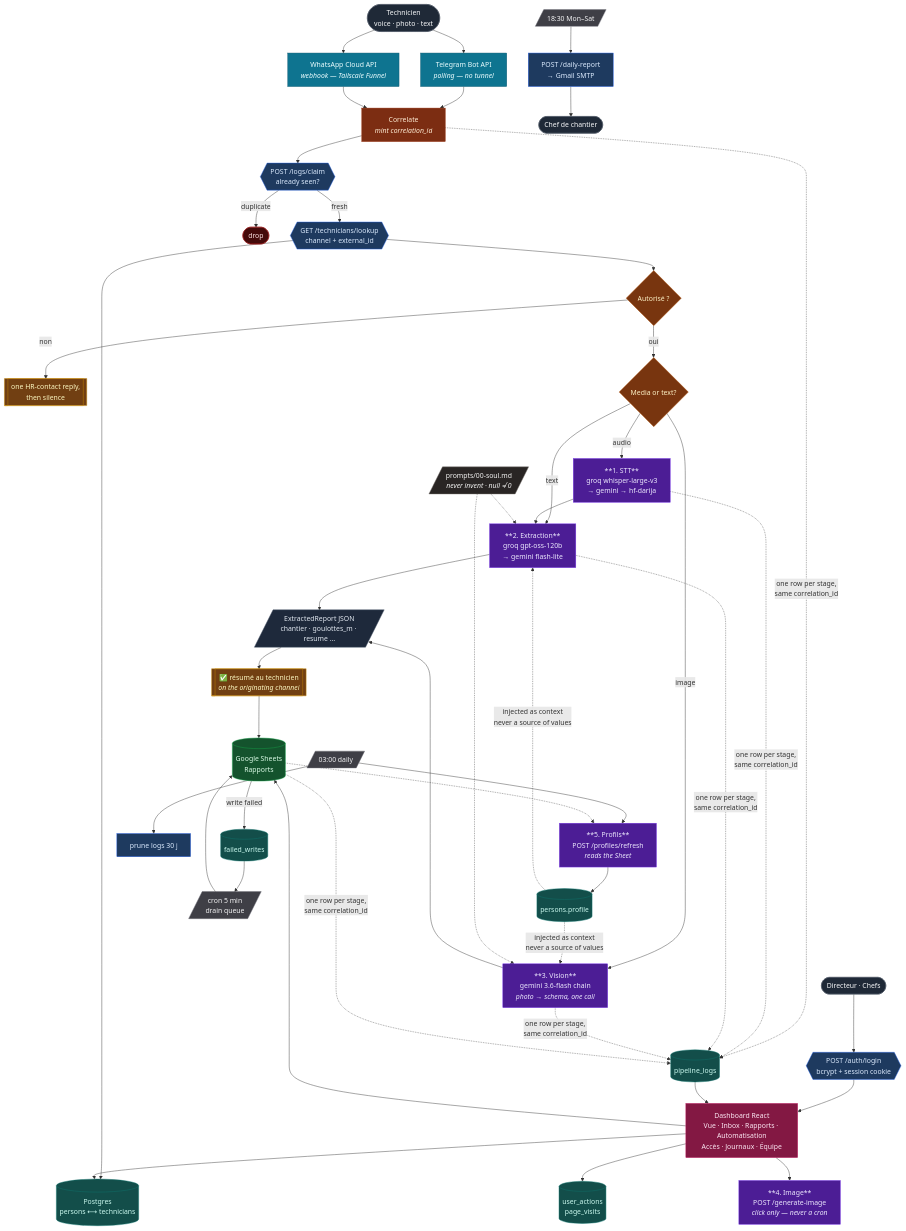
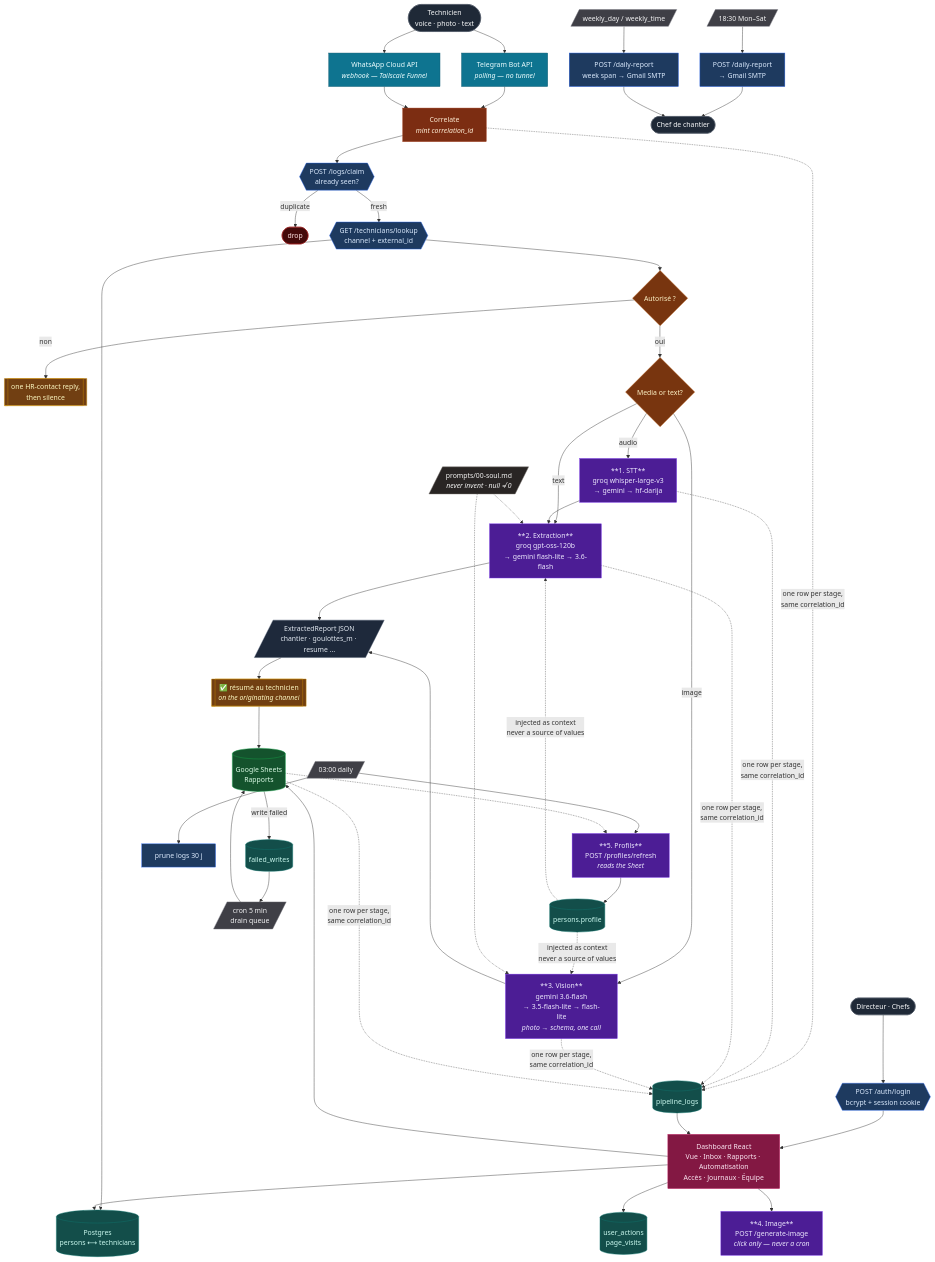
One commit to yassine808/PFE-aznet changed the diagram in README.md. Above: the diagram before and after it, drawn with Mermaid. The commit also changed other lines of this file and 15 other files, not shown here.

````diff
--- a/README.md
+++ b/README.md
@@ -11,69 +11,70 @@
 ```mermaid
 flowchart TB
     %% ── Reception ────────────────────────────────────────────────
     TECH([Technicien<br/>voice · photo · text]):::actor
     TG[Telegram Bot API<br/><i>polling — no tunnel</i>]:::chan
     WA[WhatsApp Cloud API<br/><i>webhook — Tailscale Funnel</i>]:::chan
     TECH --> TG & WA
 
     %% ── Access control ───────────────────────────────────────────
     TG & WA --> CORR[Correlate<br/><i>mint correlation_id</i>]:::n8n
     CORR --> CLAIM{{"POST /logs/claim<br/>already seen?"}}:::api
     CLAIM -- duplicate --> STOP([drop]):::stop
     CLAIM -- fresh --> LOOKUP{{"GET /technicians/lookup<br/>channel + external_id"}}:::api
     LOOKUP --> DB[(Postgres<br/>persons ⟷ technicians)]:::db
     LOOKUP --> AUTHZ{Autorisé ?}:::dec
     AUTHZ -- non --> HR[["one HR-contact reply,<br/>then silence"]]:::reply
     AUTHZ -- oui --> KIND{Media or text?}:::dec
 
     %% ── The five models (4 and 5 fire outside this path) ─────────
     KIND -- audio --> STT["**1. STT**<br/>groq whisper-large-v3<br/>→ gemini → hf-darija"]:::ai
-    KIND -- image --> VIS["**3. Vision**<br/>gemini 3.6-flash chain<br/><i>photo → schema, one call</i>"]:::ai
-    KIND -- text --> TXT["**2. Extraction**<br/>groq gpt-oss-120b<br/>→ gemini flash-lite"]:::ai
+    KIND -- image --> VIS["**3. Vision**<br/>gemini 3.6-flash<br/>→ 3.5-flash-lite → flash-lite<br/><i>photo → schema, one call</i>"]:::ai
+    KIND -- text --> TXT["**2. Extraction**<br/>groq gpt-oss-120b<br/>→ gemini flash-lite → 3.6-flash"]:::ai
     STT --> TXT
 
     PROF[(persons.profile)]:::db -. "injected as context<br/>never a source of values" .-> TXT & VIS
     SOUL[/"prompts/00-soul.md<br/><i>never invent · null ≠ 0</i>"/]:::prompt -.-> TXT & VIS
 
     TXT & VIS --> JSON[/"ExtractedReport JSON<br/>chantier · goulottes_m · resume …"/]:::data
 
     %% ── Reply first, then the Sheet ──────────────────────────────
     JSON --> REPLY[["✅ résumé au technicien<br/><i>on the originating channel</i>"]]:::reply
     REPLY --> SHEET[(Google Sheets<br/>Rapports)]:::sheet
     SHEET -- write failed --> QUEUE[(failed_writes)]:::db
     QUEUE --> RETRY[/"cron 5 min<br/>drain queue"/]:::cron
     RETRY --> SHEET
 
     %% ── Scheduled jobs ───────────────────────────────────────────
     C1[/"18:30 Mon–Sat"/]:::cron --> MAIL["POST /daily-report<br/>→ Gmail SMTP"]:::api
+    C3[/"weekly_day / weekly_time"/]:::cron --> MAIL2["POST /daily-report<br/>week span → Gmail SMTP"]:::api
     C2[/"03:00 daily"/]:::cron --> PRUNE[prune logs 30 j]:::api
     C2 --> REFRESH["**5. Profils**<br/>POST /profiles/refresh<br/><i>reads the Sheet</i>"]:::ai
     SHEET -.-> REFRESH --> PROF
-    MAIL --> BOSS([Chef de chantier]):::actor
+    MAIL & MAIL2 --> BOSS([Chef de chantier]):::actor
 
     %% ── Dashboard ────────────────────────────────────────────────
     ADMIN([Directeur · Chefs]):::actor --> LOGIN{{"POST /auth/login<br/>bcrypt + session cookie"}}:::api
     LOGIN --> DASH[Dashboard React<br/>Vue · Inbox · Rapports · Automatisation<br/>Accès · Journaux · Équipe]:::ui
     DASH --> AUDIT[(user_actions<br/>page_visits)]:::db
     DASH --> SHEET & DB
     DASH --> IMG["**4. Image**<br/>POST /generate-image<br/><i>click only — never a cron</i>"]:::ai
 
     %% ── Logging spine ────────────────────────────────────────────
     CORR & STT & TXT & VIS & SHEET -. "one row per stage,<br/>same correlation_id" .-> LOGS[(pipeline_logs)]:::db
     LOGS --> DASH
 
     classDef actor  fill:#1f2937,stroke:#4b5563,color:#f9fafb
     classDef chan   fill:#0e7490,stroke:#155e75,color:#ecfeff
     classDef n8n    fill:#7c2d12,stroke:#9a3412,color:#ffedd5
     classDef api    fill:#1e3a5f,stroke:#2563eb,color:#dbeafe
     classDef ai     fill:#4c1d95,stroke:#7c3aed,color:#ede9fe
     classDef db     fill:#134e4a,stroke:#0f766e,color:#ccfbf1
     classDef sheet  fill:#14532d,stroke:#16a34a,color:#dcfce7
     classDef reply  fill:#713f12,stroke:#ca8a04,color:#fef9c3
     classDef cron   fill:#3f3f46,stroke:#71717a,color:#f4f4f5
     classDef ui     fill:#831843,stroke:#be185d,color:#fce7f3
     classDef data   fill:#1e293b,stroke:#475569,color:#e2e8f0
     classDef prompt fill:#292524,stroke:#78716c,color:#f5f5f4
     classDef dec    fill:#78350f,stroke:#b45309,color:#fef3c7
     classDef stop   fill:#450a0a,stroke:#991b1b,color:#fee2e2
 ```
````
